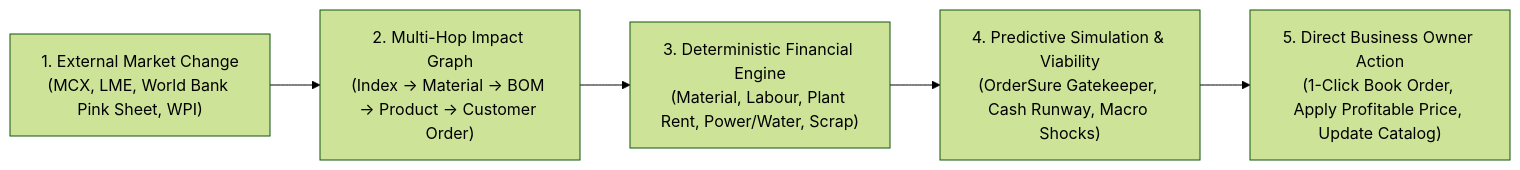
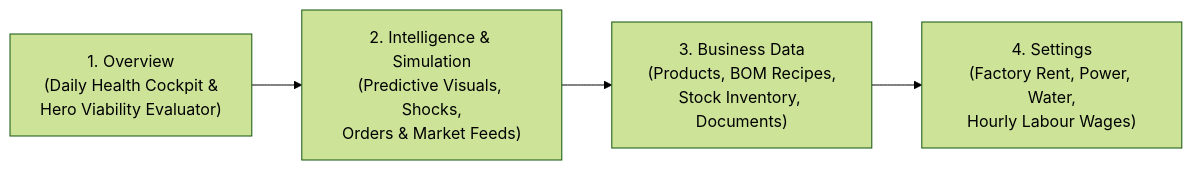
The first of 2 diagrams in README.md (bhatsindhu08-max/marginmind-ai), drawn with Mermaid (forest theme) before and after one commit. The commit also changed other lines of this file and 1 other file, not shown here.

````diff
--- a/README.md
+++ b/README.md
@@ -19,7 +33,6 @@
 ```mermaid
 flowchart LR
-    A["1. External Market Change<br/>(MCX, LME, World Bank Pink Sheet, WPI)"] --> B["2. Multi-Hop Impact Graph<br/>(Index → Material → BOM → Product → Customer Order)"]
-    B --> C["3. Deterministic Financial Engine<br/>(Material, Labour, Plant Rent, Power/Water, Scrap)"]
-    C --> D["4. Predictive Simulation & Viability<br/>(OrderSure Gatekeeper, Cash Runway, Macro Shocks)"]
-    D --> E["5. Direct Business Owner Action<br/>(1-Click Book Order, Apply Profitable Price, Update Catalog)"]
+    A["1. Overview<br/>(Daily Health Cockpit &<br/>Hero Viability Evaluator)"] --> B["2. Intelligence & Simulation<br/>(Predictive Visuals, Shocks,<br/>Orders & Market Feeds)"]
+    B --> C["3. Business Data<br/>(Products, BOM Recipes,<br/>Stock Inventory, Documents)"]
+    C --> D["4. Settings<br/>(Factory Rent, Power, Water,<br/>Hourly Labour Wages)"]
 ```
````
